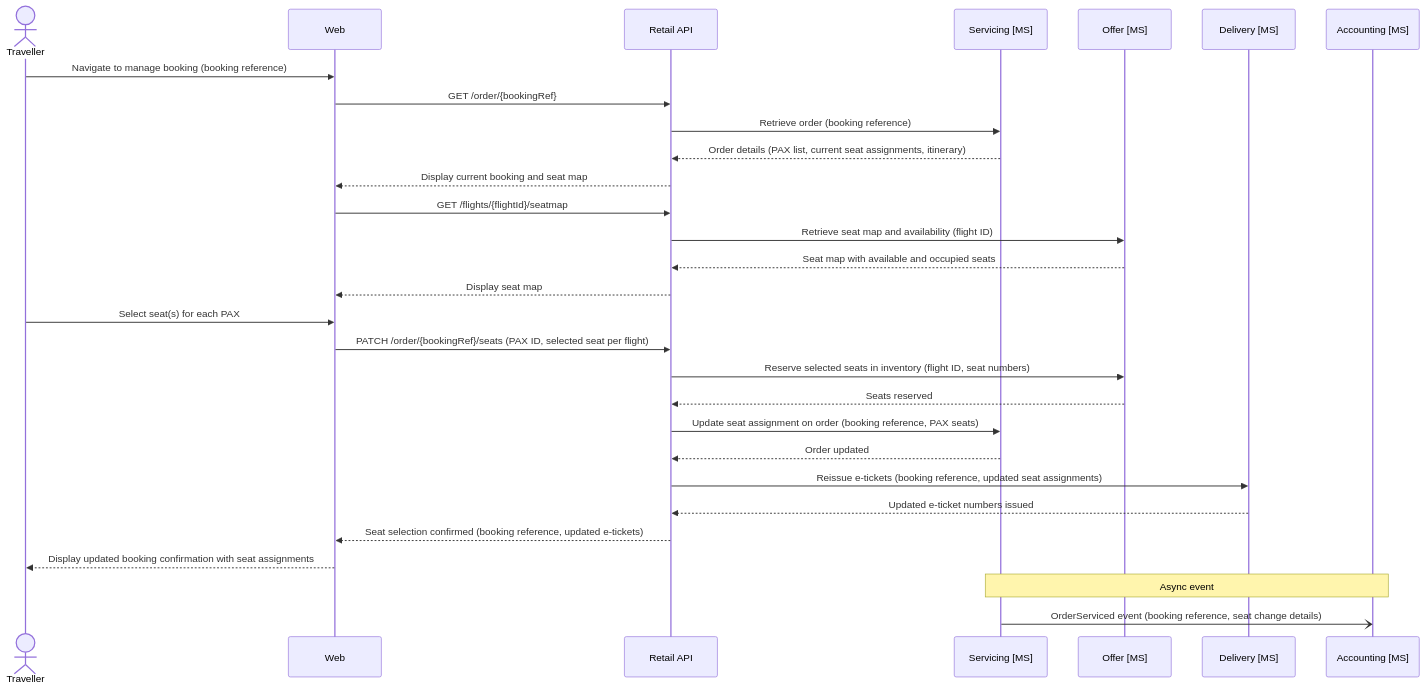
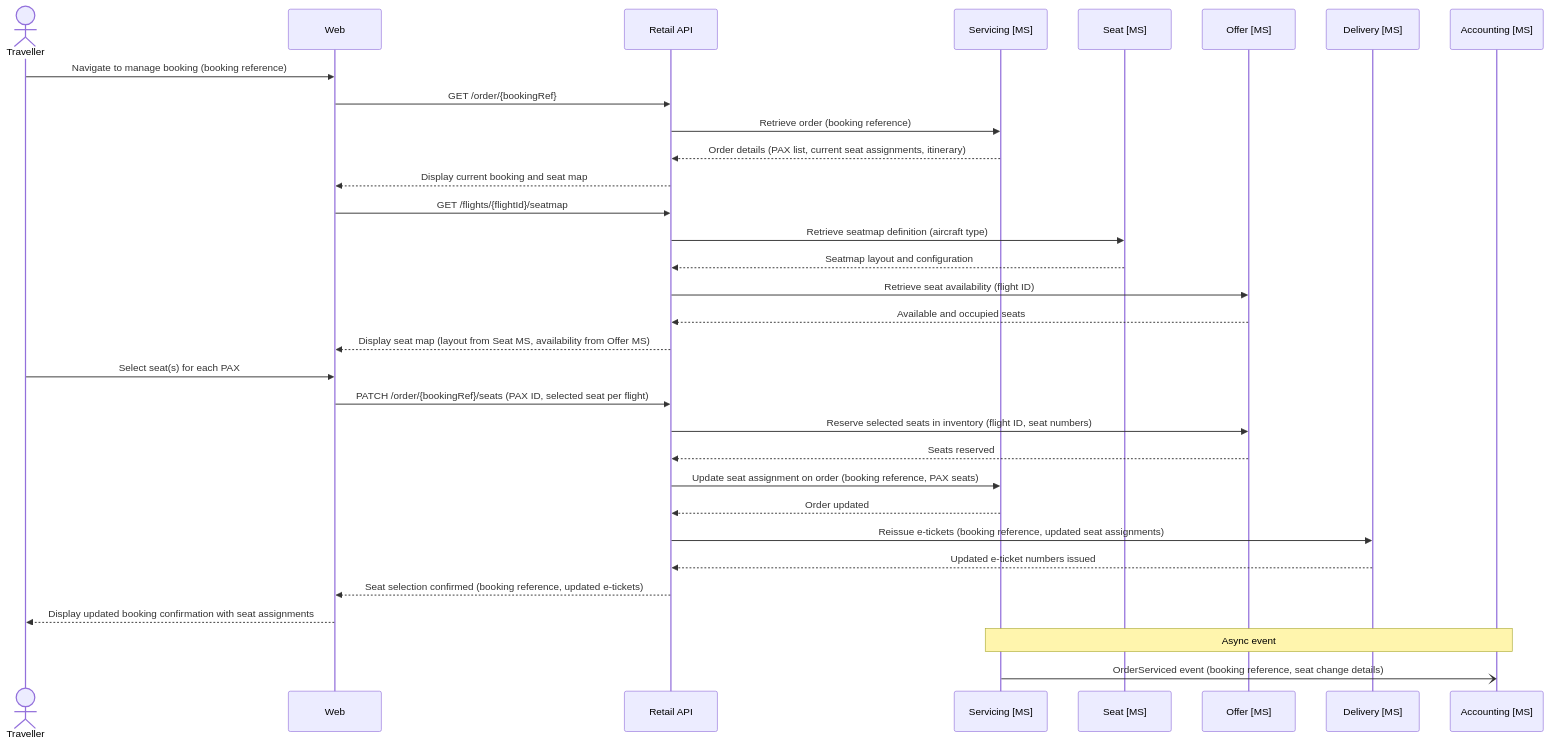
The fifth of 7 diagrams in architecture/design.md (sebharvey/airline-reservation-system), drawn with Mermaid before and after one commit. The commit also changed other lines of this file, not shown here.

````diff
--- a/architecture/design.md
+++ b/architecture/design.md
@@ -266,43 +274,46 @@
 ```mermaid
 
 sequenceDiagram
     actor Traveller
     participant Web
     participant RetailAPI as Retail API
     participant ServicingMS as Servicing [MS]
+    participant SeatMS as Seat [MS]
     participant OfferMS as Offer [MS]
     participant DeliveryMS as Delivery [MS]
     participant AccountingMS as Accounting [MS]
 
     Traveller->>Web: Navigate to manage booking (booking reference)
 
     Web->>RetailAPI: GET /order/{bookingRef}
     RetailAPI->>ServicingMS: Retrieve order (booking reference)
     ServicingMS-->>RetailAPI: Order details (PAX list, current seat assignments, itinerary)
     RetailAPI-->>Web: Display current booking and seat map
 
     Web->>RetailAPI: GET /flights/{flightId}/seatmap
-    RetailAPI->>OfferMS: Retrieve seat map and availability (flight ID)
-    OfferMS-->>RetailAPI: Seat map with available and occupied seats
-    RetailAPI-->>Web: Display seat map
+    RetailAPI->>SeatMS: Retrieve seatmap definition (aircraft type)
+    SeatMS-->>RetailAPI: Seatmap layout and configuration
+    RetailAPI->>OfferMS: Retrieve seat availability (flight ID)
+    OfferMS-->>RetailAPI: Available and occupied seats
+    RetailAPI-->>Web: Display seat map (layout from Seat MS, availability from Offer MS)
 
     Traveller->>Web: Select seat(s) for each PAX
 
     Web->>RetailAPI: PATCH /order/{bookingRef}/seats (PAX ID, selected seat per flight)
 
     RetailAPI->>OfferMS: Reserve selected seats in inventory (flight ID, seat numbers)
     OfferMS-->>RetailAPI: Seats reserved
 
     RetailAPI->>ServicingMS: Update seat assignment on order (booking reference, PAX seats)
     ServicingMS-->>RetailAPI: Order updated
 
     RetailAPI->>DeliveryMS: Reissue e-tickets (booking reference, updated seat assignments)
     DeliveryMS-->>RetailAPI: Updated e-ticket numbers issued
 
     RetailAPI-->>Web: Seat selection confirmed (booking reference, updated e-tickets)
     Web-->>Traveller: Display updated booking confirmation with seat assignments
 
     Note over ServicingMS, AccountingMS: Async event
     ServicingMS-)AccountingMS: OrderServiced event (booking reference, seat change details)
 
 ```
````
